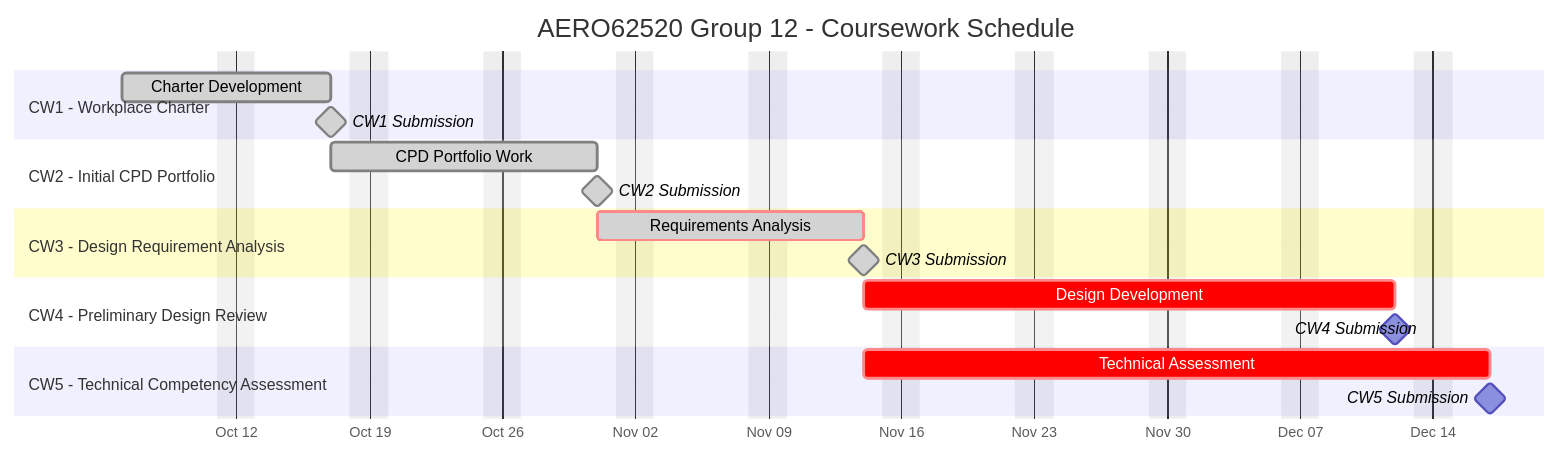
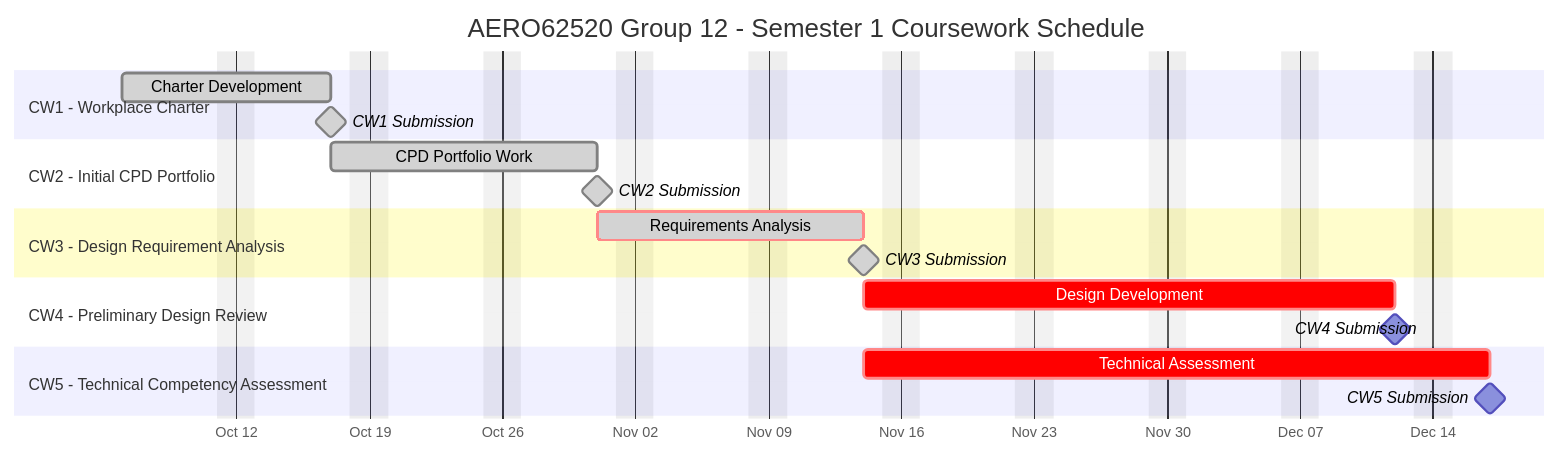
The first of 2 diagrams in README.md (longchuanYoRHa/Group12_team_space), drawn with Mermaid before and after one commit. The commit also changed other lines of this file and 1 other file, not shown here.

````diff
--- a/README.md
+++ b/README.md
@@ -5,27 +5,27 @@
 ```mermaid
 gantt
-    title AERO62520 Group 12 - Coursework Schedule
+    title AERO62520 Group 12 - Semester 1 Coursework Schedule
     dateFormat  YYYY-MM-DD
     axisFormat  %b %d
     excludes    weekends
 
     section CW1 - Workplace Charter
     Charter Development    :done, cw1, 2025-10-06, 9d
     CW1 Submission        :done, milestone, cw1_due, 2025-10-17, 0d
 
     section CW2 - Initial CPD Portfolio
     CPD Portfolio Work     :done, cw2, 2025-10-17, 10d
     CW2 Submission        :done, milestone, cw2_due, 2025-10-31, 0d
 
     section CW3 - Design Requirement Analysis
     Requirements Analysis  :done, crit, cw3, 2025-10-31, 10d
     CW3 Submission        :done, milestone, cw3_due, 2025-11-14, 0d
 
     section CW4 - Preliminary Design Review
     Design Development     : crit, cw4, 2025-11-14, 20d
     CW4 Submission        : milestone, cw4_due, 2025-12-12, 0d
 
     section CW5 - Technical Competency Assessment
     Technical Assessment   : crit, cw5, 2025-11-14, 23d
     CW5 Submission        : milestone, cw5_due, 2025-12-17, 0d
 ```
````
